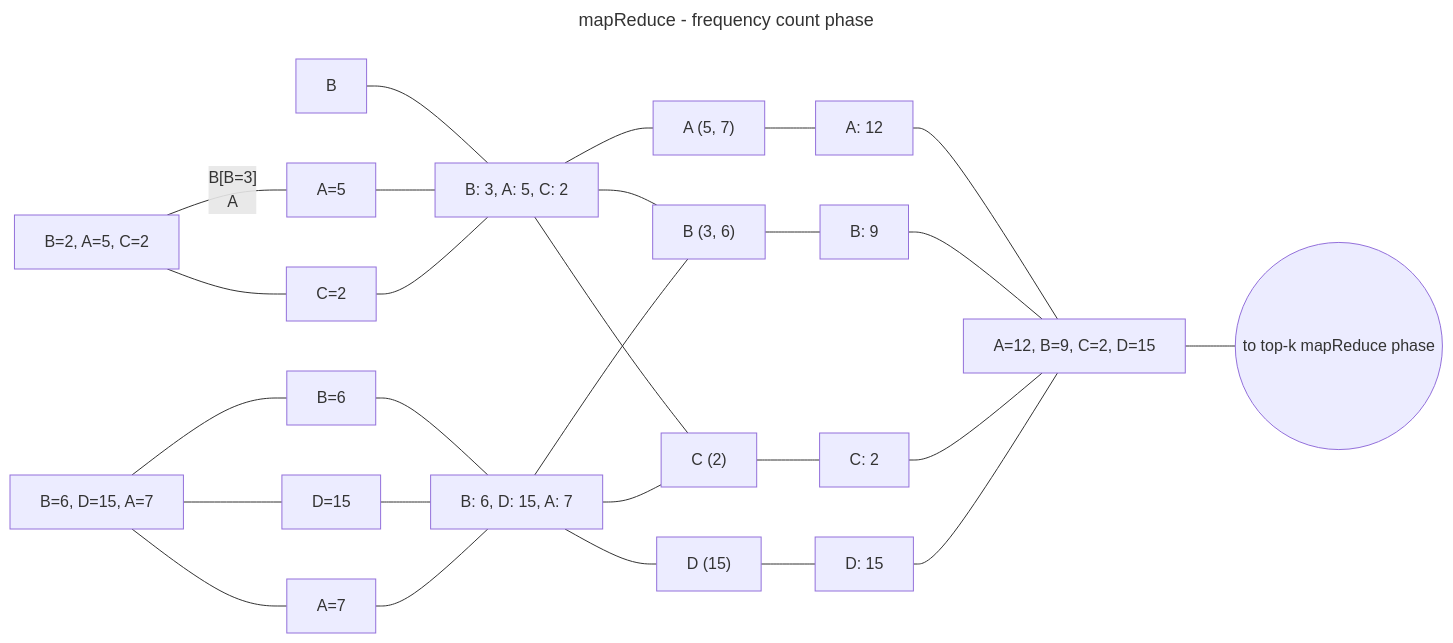
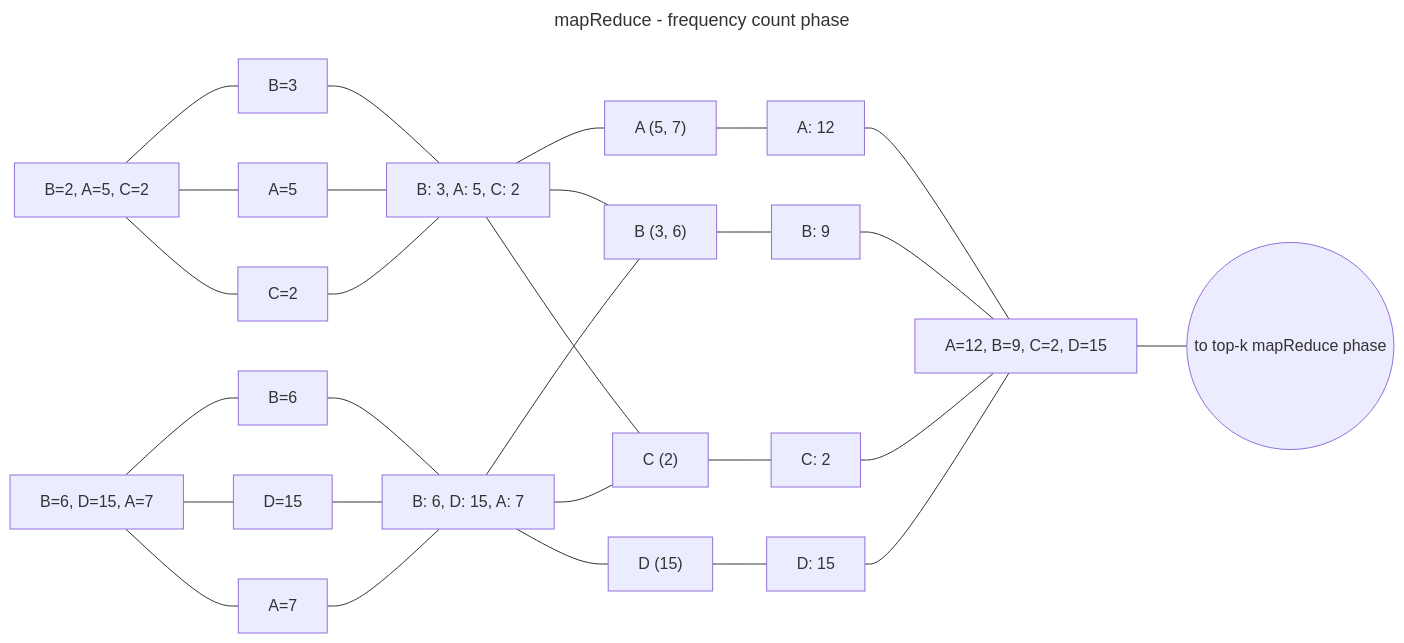
The seventh of 8 diagrams in 0x05-top_k_problem/0-top_k_problem.md (brk-a/system-design), drawn with Mermaid before and after one commit. The commit also changed other lines of this file, not shown here.

````diff
--- a/0x05-top_k_problem/0-top_k_problem.md
+++ b/0x05-top_k_problem/0-top_k_problem.md
@@ -176,33 +176,33 @@
             ```mermaid
             ---
             title: mapReduce - frequency count phase
             ---
             flowchart LR
-            A[B=2, A=5, C=2]--B[B=3]
+            A[B=2, A=5, C=2]---B[B=3]
             A---C[A=5]
             A---D[C=2]
             E[B=6, D=15, A=7]---F[B=6]
             E---G[D=15]
             E---H[A=7]
             B---I[B: 3, A: 5, C: 2]
             C---I
             D---I
             F---J[B: 6, D: 15, A: 7]
             G---J
             H---J
             I---K["A (5, 7)"]
             I---L["B (3, 6)"]
             I---M["C (2)"]
             J---L
             J---M
             J---N["D (15)"]
             K---O[A: 12]
             L---P[B: 9]
             M---Q[C: 2]
             N---R[D: 15]
             O---S[A=12, B=9, C=2, D=15]
             P---S
             Q---S
             R---S
             S---T((to top-k mapReduce phase))
             ```
````
